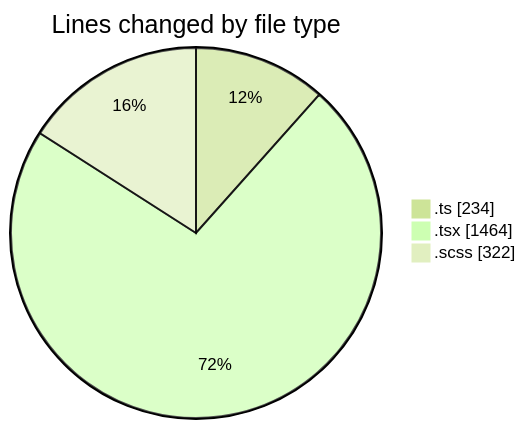
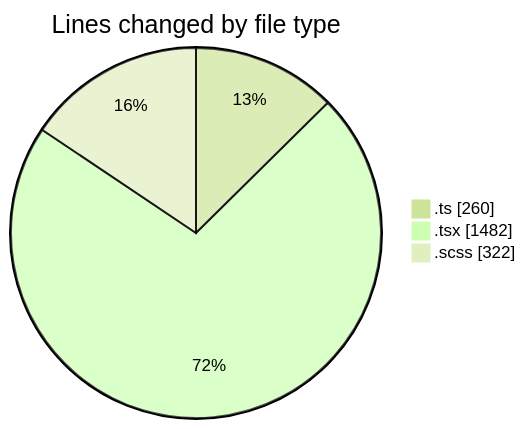
The first of 2 diagrams in 2025-05-01/cda/README.md (momahboobian/code-tracking), drawn with Mermaid (forest theme) before and after one commit. The commit also changed other lines of this file and 1 other file, not shown here.

````diff
--- a/2025-05-01/cda/README.md
+++ b/2025-05-01/cda/README.md
@@ -30,7 +31,7 @@
 ```mermaid
 pie showData
 title Lines changed by file type
-".ts" : 234
-".tsx" : 1464
+".ts" : 260
+".tsx" : 1482
 ".scss" : 322
 ```
````
